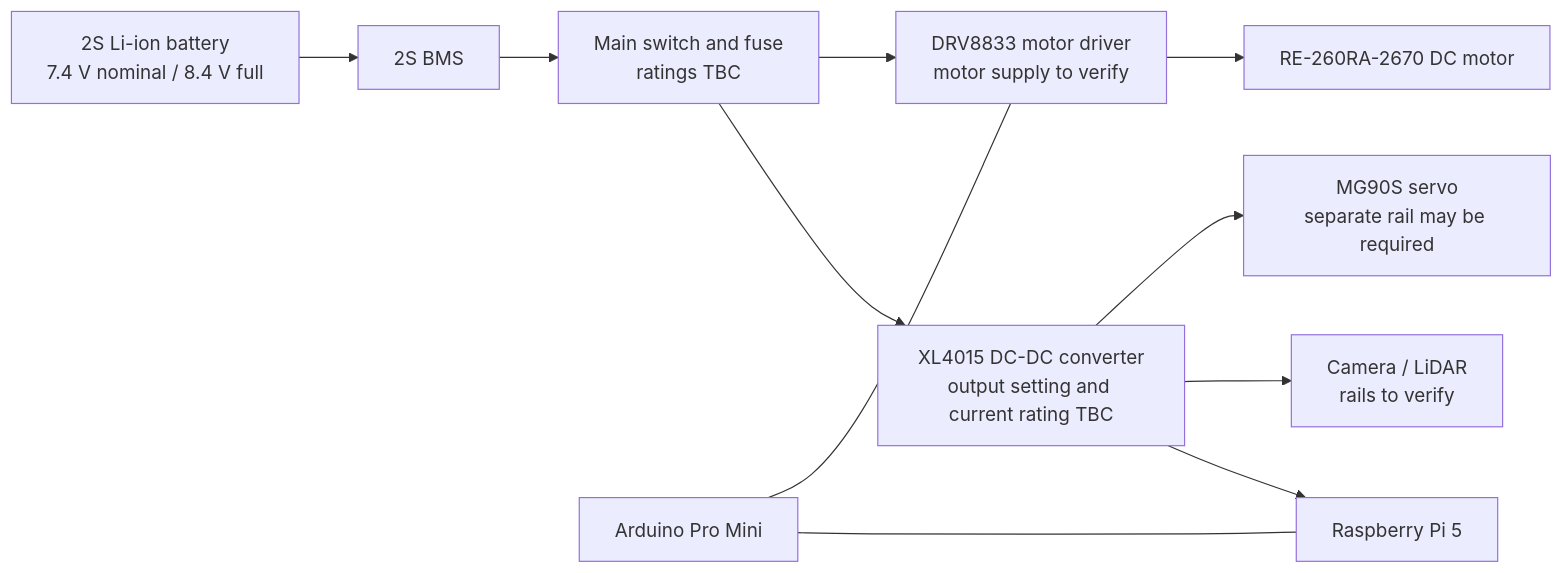
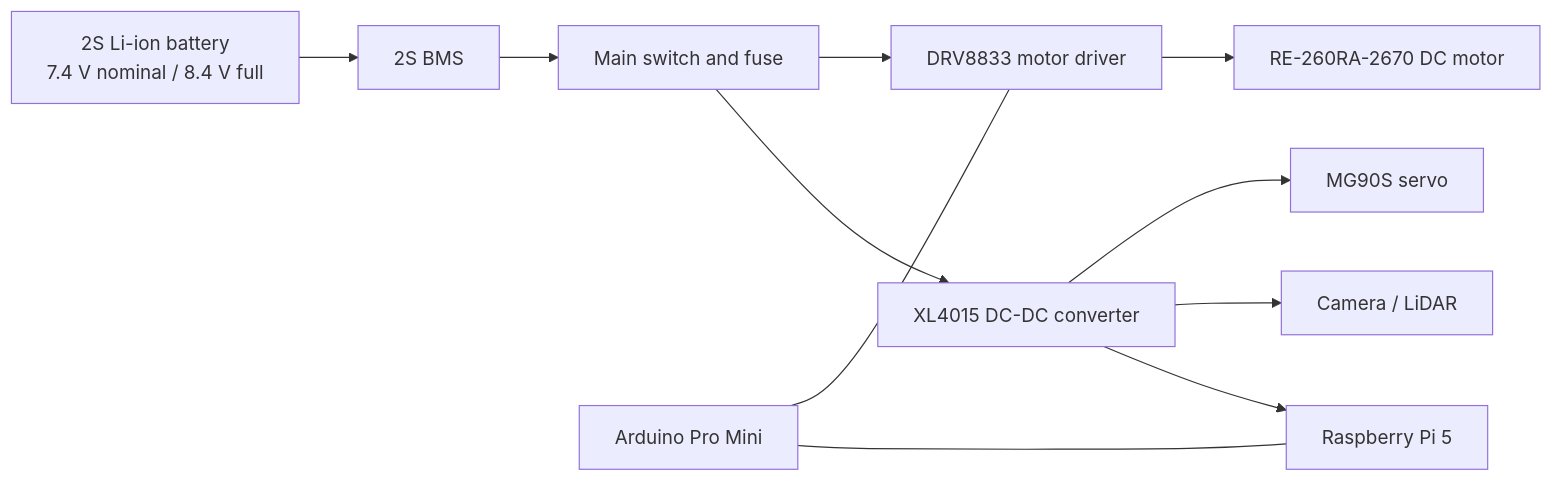
One commit to InnoBots/WRO2026_FE_InnoBots changed the diagram in Elec/POWER_MANAGEMENT.md. Above: the diagram before and after it, drawn with Mermaid. The commit also changed other lines of this file, not shown here.

````diff
--- a/Elec/POWER_MANAGEMENT.md
+++ b/Elec/POWER_MANAGEMENT.md
@@ -22,13 +23,13 @@
 ```mermaid
 flowchart LR
     BAT["2S Li-ion battery<br/>7.4 V nominal / 8.4 V full"] --> BMS["2S BMS"]
-    BMS --> PROT["Main switch and fuse<br/>ratings TBC"]
-    PROT --> REG["XL4015 DC-DC converter<br/>output setting and current rating TBC"]
-    PROT --> MOTOR_DRIVER["DRV8833 motor driver<br/>motor supply to verify"]
+    BMS --> PROT["Main switch and fuse"]
+    PROT --> REG["XL4015 DC-DC converter"]
+    PROT --> MOTOR_DRIVER["DRV8833 motor driver"]
     REG --> PI["Raspberry Pi 5"]
-    REG --> SENSORS["Camera / LiDAR<br/>rails to verify"]
-    REG --> SERVO["MG90S servo<br/>separate rail may be required"]
+    REG --> SENSORS["Camera / LiDAR"]
+    REG --> SERVO["MG90S servo"]
     MOTOR_DRIVER --> MOTOR["RE-260RA-2670 DC motor"]
     MCU["Arduino Pro Mini"] --- PI
     MCU --- MOTOR_DRIVER
 ```
````
